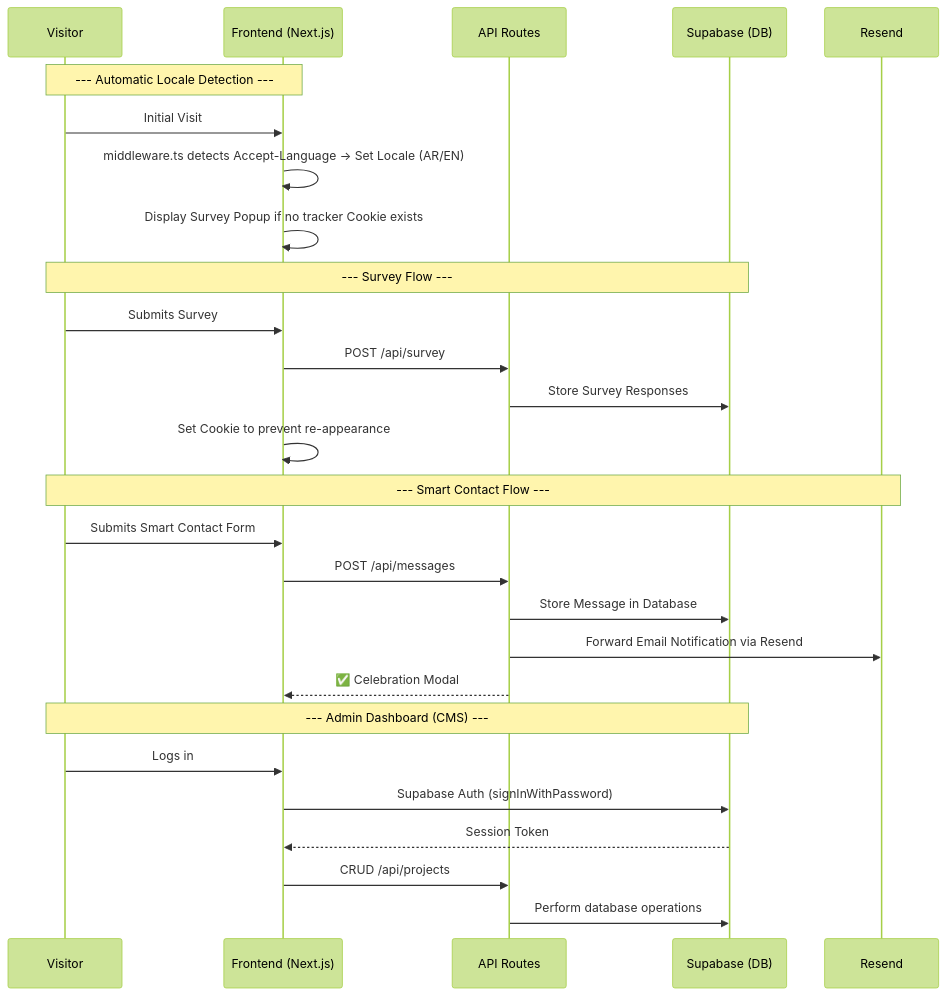
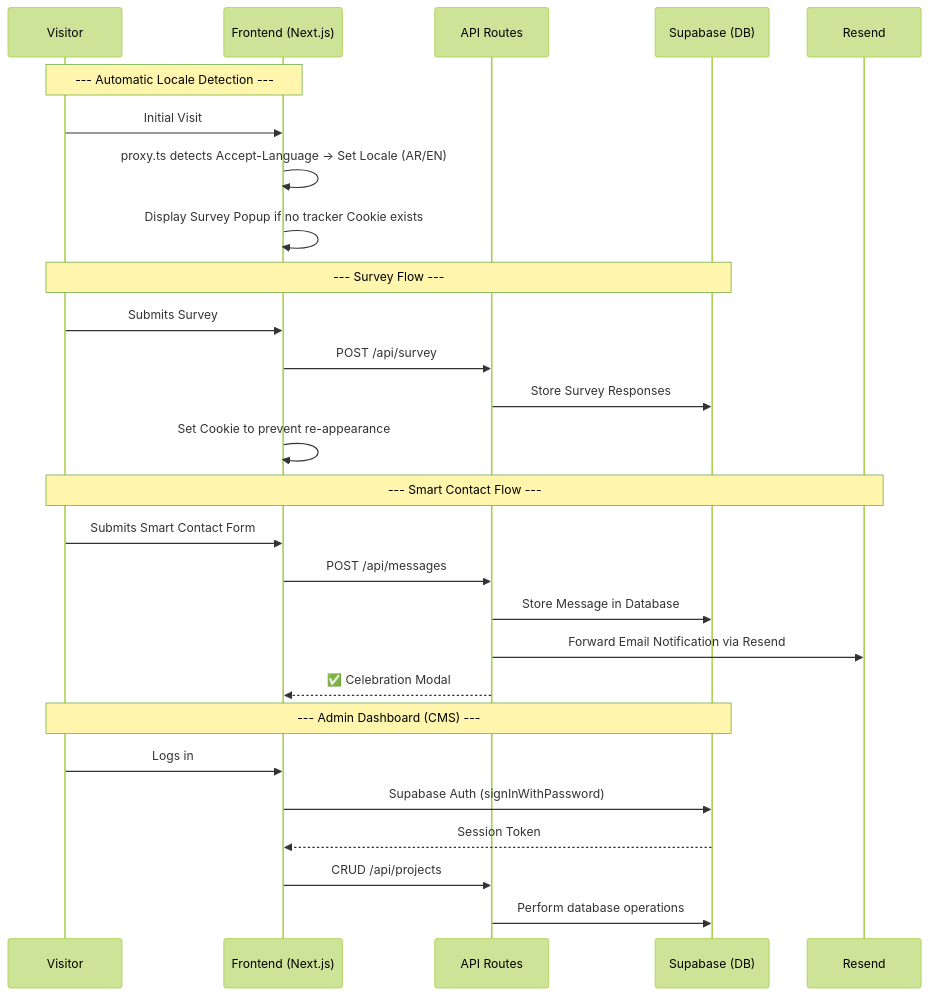
One commit to Abdullah931-stack/Abdullah-me changed the second of 3 diagrams in docs/02-SYSTEM-ARCHITECTURE.md. Above: the diagram before and after it, drawn with Mermaid (forest theme). The commit also changed other lines of this file and 3 other files, not shown here.

Commit message:
feat: implement Next.js 16 app router layout, proxy middleware, and system architecture documentation

````diff
--- a/docs/02-SYSTEM-ARCHITECTURE.md
+++ b/docs/02-SYSTEM-ARCHITECTURE.md
@@ -62,33 +62,33 @@
 ```mermaid
 sequenceDiagram
     participant V as Visitor
     participant FE as Frontend (Next.js)
     participant API as API Routes
     participant SB as Supabase (DB)
     participant RS as Resend
 
     Note over V,FE: --- Automatic Locale Detection ---
     V->>FE: Initial Visit
-    FE->>FE: middleware.ts detects Accept-Language → Set Locale (AR/EN)
+    FE->>FE: proxy.ts detects Accept-Language → Set Locale (AR/EN)
     FE->>FE: Display Survey Popup if no tracker Cookie exists
 
     Note over V,SB: --- Survey Flow ---
     V->>FE: Submits Survey
     FE->>API: POST /api/survey
     API->>SB: Store Survey Responses
     FE->>FE: Set Cookie to prevent re-appearance
 
     Note over V,RS: --- Smart Contact Flow ---
     V->>FE: Submits Smart Contact Form
     FE->>API: POST /api/messages
     API->>SB: Store Message in Database
     API->>RS: Forward Email Notification via Resend
     API-->>FE: ✅ Celebration Modal
 
     Note over V,SB: --- Admin Dashboard (CMS) ---
     V->>FE: Logs in
     FE->>SB: Supabase Auth (signInWithPassword)
     SB-->>FE: Session Token
     FE->>API: CRUD /api/projects
     API->>SB: Perform database operations
 ```
````
